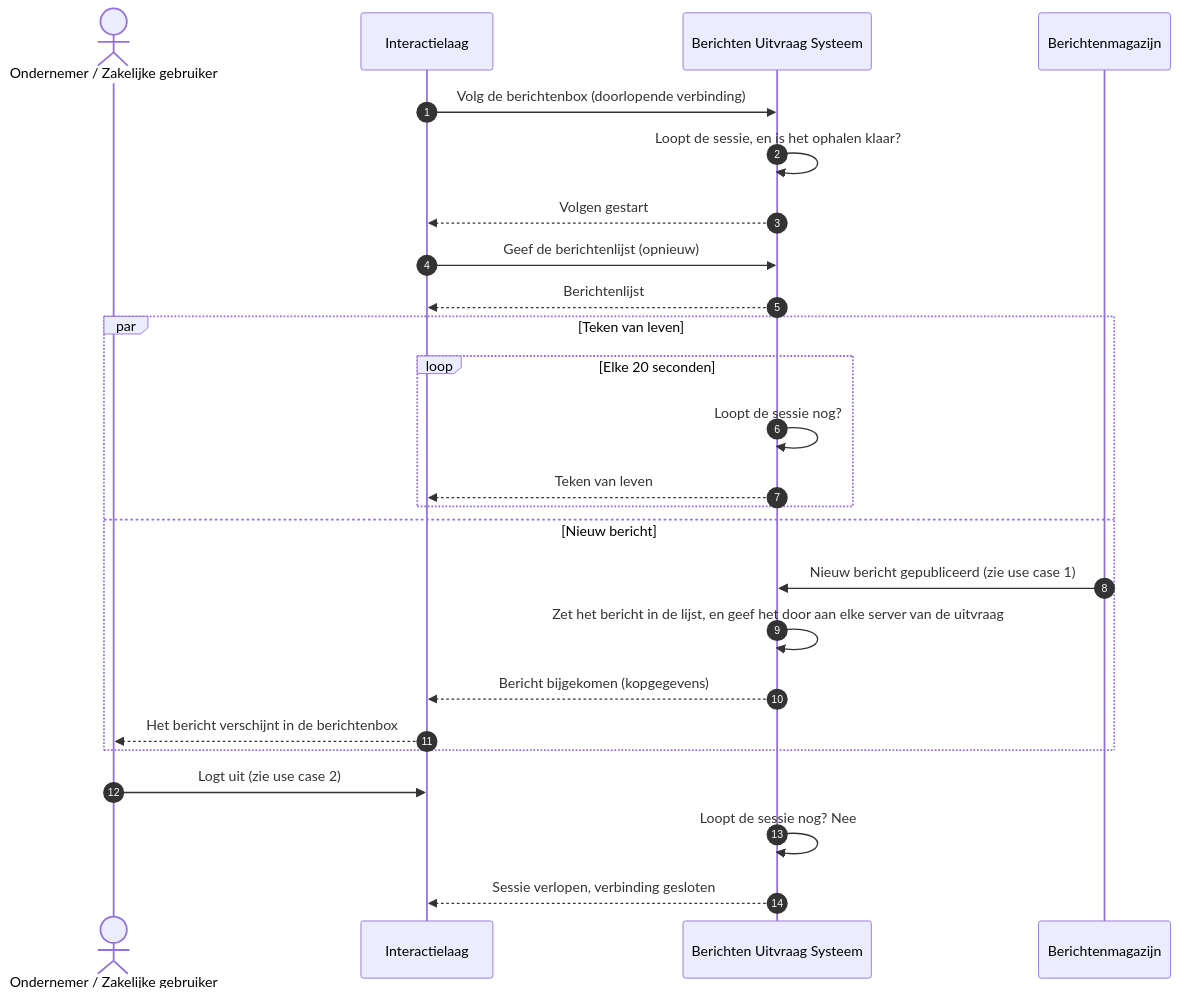
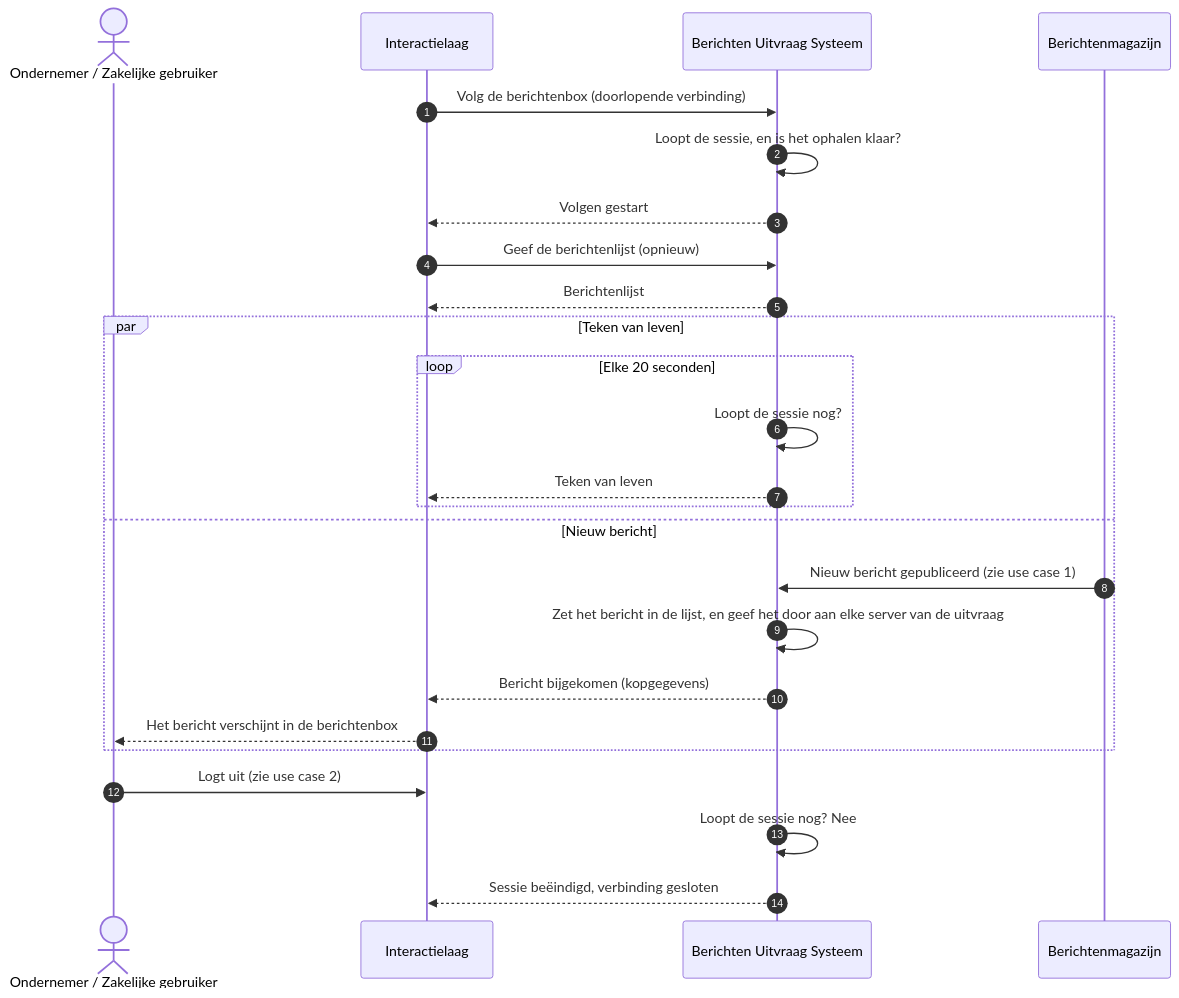
Before and after one commit to MinBZK/moza-poc-fbs-berichtenbox: the diagram in docs/architecture/workspace-docs/07-uc3-nieuwe-berichten-volgen.md, drawn with Mermaid. The commit also changed other lines of this file and 14 other files, not shown here.

````diff
--- a/docs/architecture/workspace-docs/07-uc3-nieuwe-berichten-volgen.md
+++ b/docs/architecture/workspace-docs/07-uc3-nieuwe-berichten-volgen.md
@@ -31,30 +32,30 @@
 ```mermaid
 sequenceDiagram
     autonumber
     actor OND as Ondernemer / Zakelijke gebruiker
     participant IL as Interactielaag
     participant FBS as Berichten Uitvraag Systeem
     participant MAG as Berichtenmagazijn
 
     IL->>FBS: Volg de berichtenbox (doorlopende verbinding)
     FBS->>FBS: Loopt de sessie, en is het ophalen klaar?
     FBS-->>IL: Volgen gestart
     IL->>FBS: Geef de berichtenlijst (opnieuw)
     FBS-->>IL: Berichtenlijst
 
     par Teken van leven
         loop Elke 20 seconden
             FBS->>FBS: Loopt de sessie nog?
             FBS-->>IL: Teken van leven
         end
     and Nieuw bericht
         MAG->>FBS: Nieuw bericht gepubliceerd (zie use case 1)
         FBS->>FBS: Zet het bericht in de lijst, en geef het door aan elke server van de uitvraag
         FBS-->>IL: Bericht bijgekomen (kopgegevens)
         IL-->>OND: Het bericht verschijnt in de berichtenbox
     end
 
     OND->>IL: Logt uit (zie use case 2)
     FBS->>FBS: Loopt de sessie nog? Nee
-    FBS-->>IL: Sessie verlopen, verbinding gesloten
+    FBS-->>IL: Sessie beëindigd, verbinding gesloten
 ```
````
